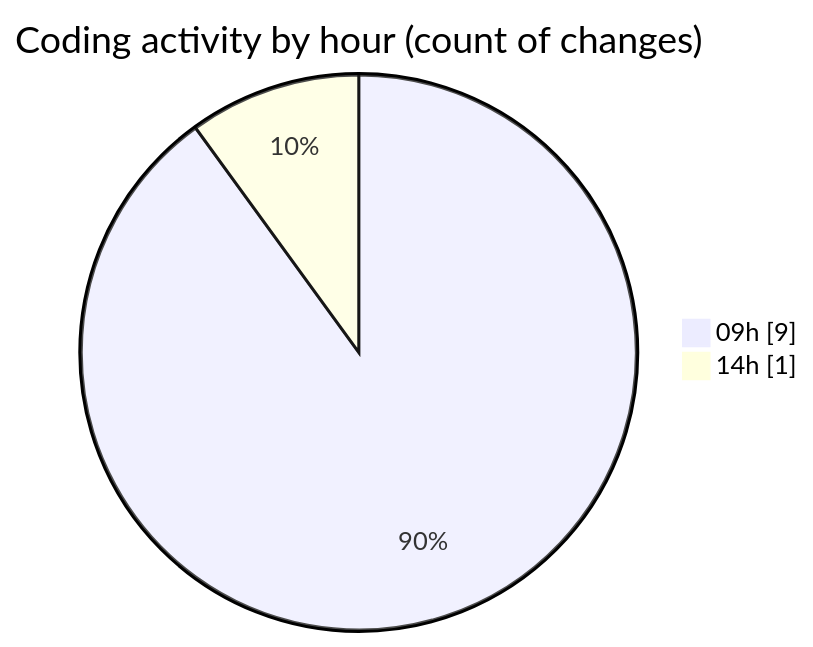
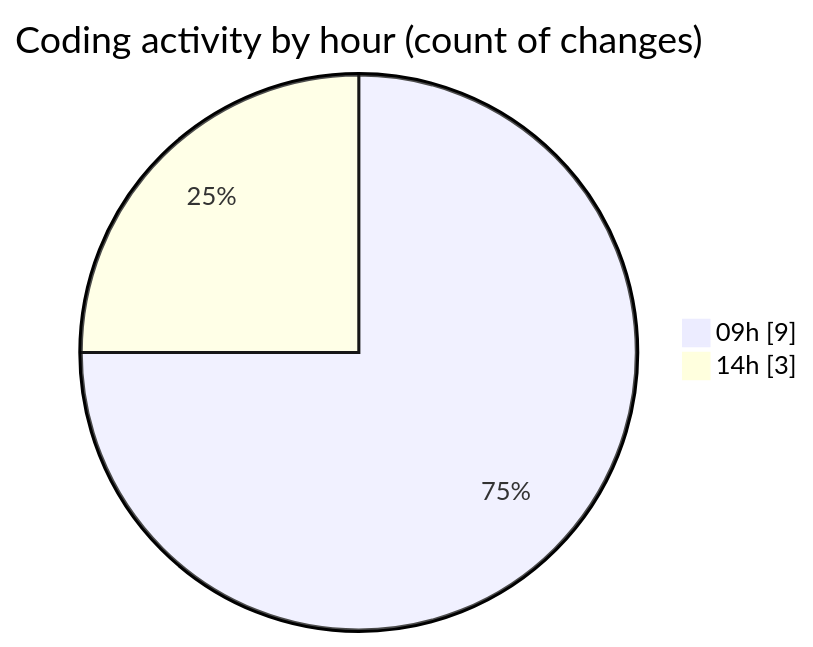
The second of 2 diagrams in 2025-11-25/eventscop-frontend-guide__workspace_/README.md (julien-gomy/code-tracking), drawn with Mermaid before and after one commit. The commit also changed other lines of this file and 1 other file, not shown here.

````diff
--- a/2025-11-25/eventscop-frontend-guide__workspace_/README.md
+++ b/2025-11-25/eventscop-frontend-guide__workspace_/README.md
@@ -35,6 +37,6 @@
 ```mermaid
 pie showData
 title Coding activity by hour (count of changes)
 "09h" : 9
-"14h" : 1
+"14h" : 3
 ```
````
